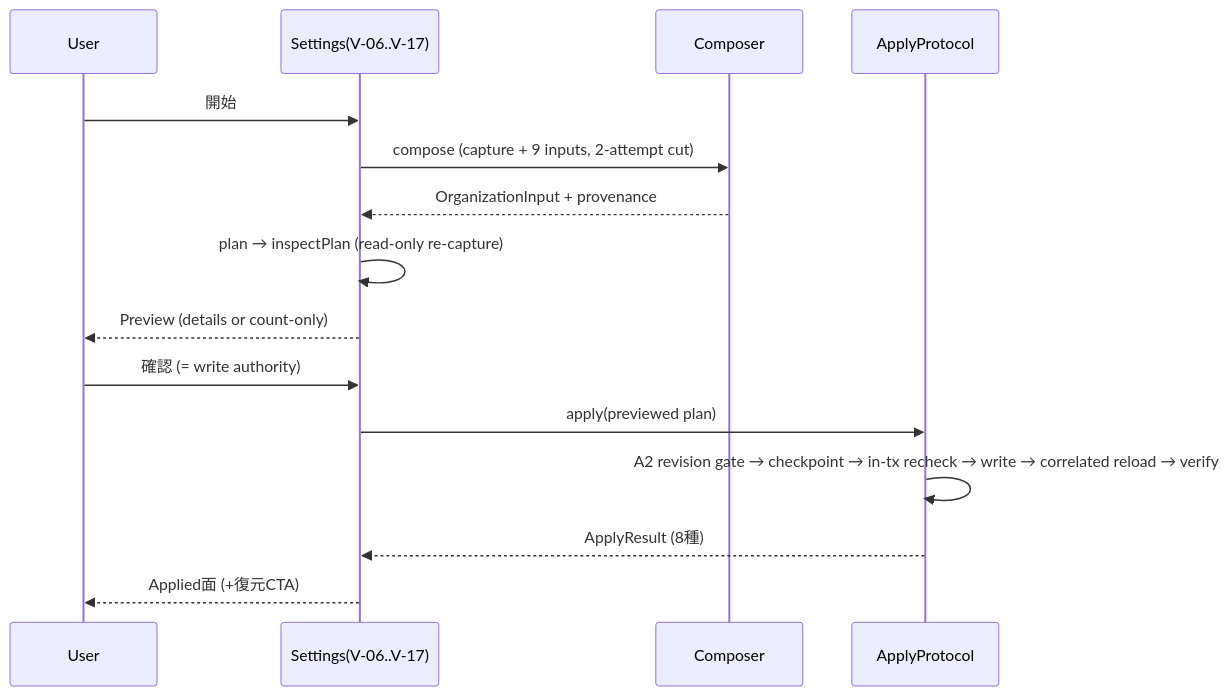
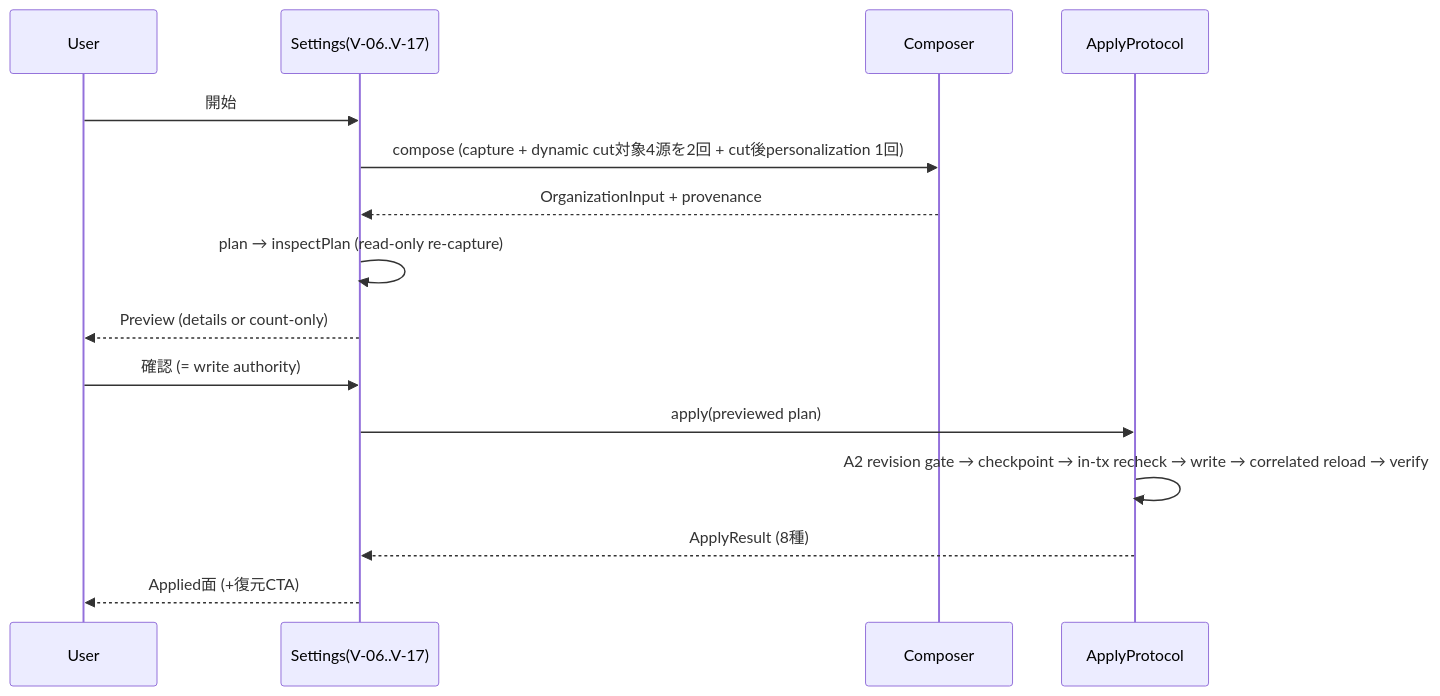
One commit to nunu1733/NunuLauncher changed the second of 6 diagrams in docs/assessment/organizer-as-is-ux-data-flow-audit.md. Above: the diagram before and after it, drawn with Mermaid. The commit also changed other lines of this file, not shown here.

````diff
--- a/docs/assessment/organizer-as-is-ux-data-flow-audit.md
+++ b/docs/assessment/organizer-as-is-ux-data-flow-audit.md
@@ -449,17 +449,17 @@
 ```mermaid
 sequenceDiagram
     participant U as User
     participant S as Settings(V-06..V-17)
     participant C as Composer
     participant A as ApplyProtocol
     U->>S: 開始
-    S->>C: compose (capture + 9 inputs, 2-attempt cut)
+    S->>C: compose (capture + dynamic cut対象4源を2回 + cut後personalization 1回)
     C-->>S: OrganizationInput + provenance
     S->>S: plan → inspectPlan (read-only re-capture)
     S-->>U: Preview (details or count-only)
     U->>S: 確認 (= write authority)
     S->>A: apply(previewed plan)
     A->>A: A2 revision gate → checkpoint → in-tx recheck → write → correlated reload → verify
     A-->>S: ApplyResult (8種)
     S-->>U: Applied面 (+復元CTA)
 ```
````
